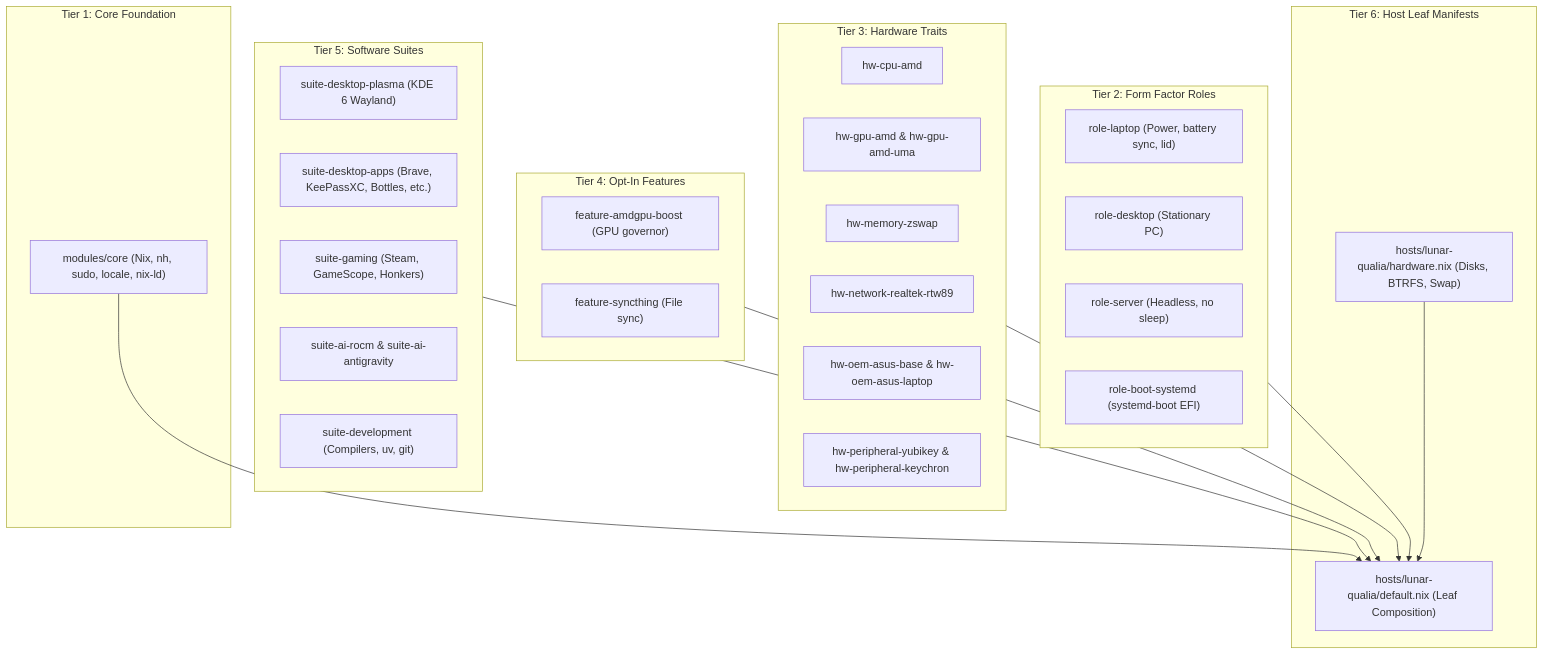
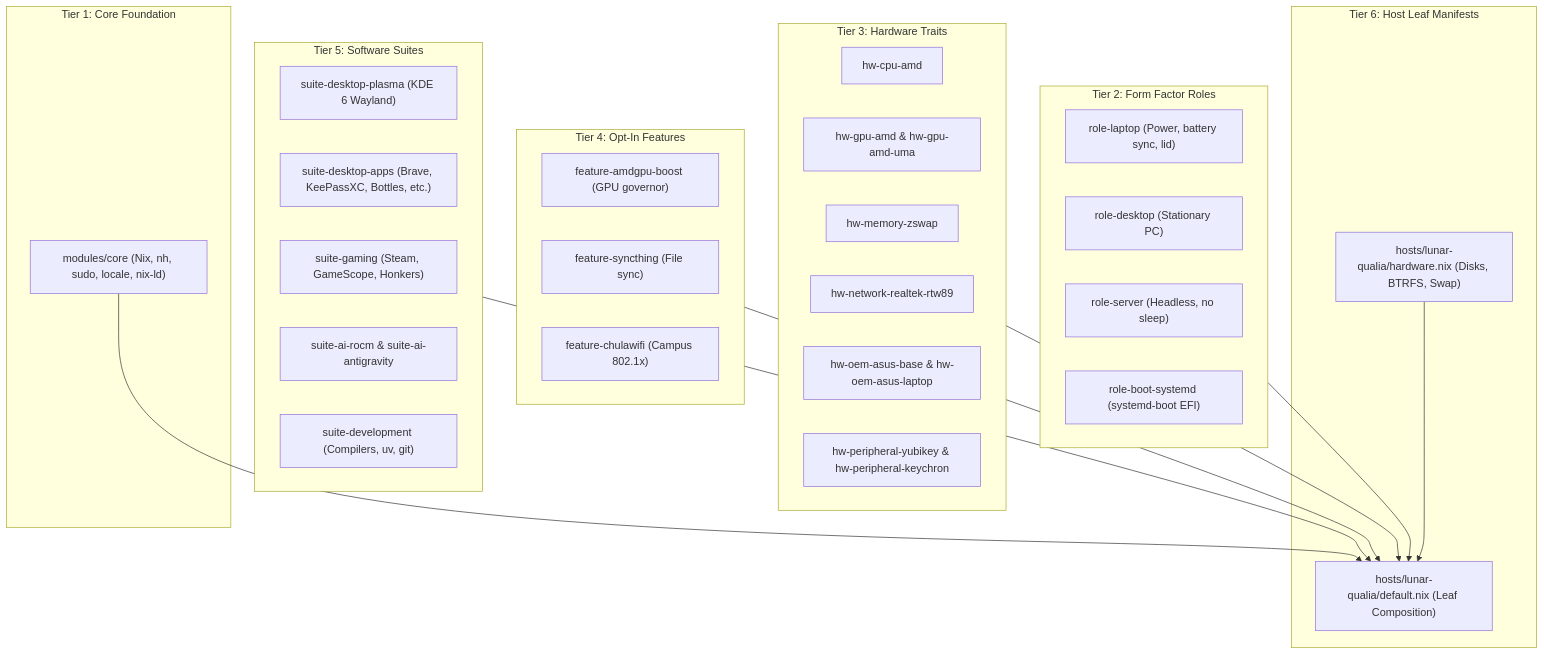
One commit to lithinnon/lunar-witches changed the diagram in AGENTS.md. Above: the diagram before and after it, drawn with Mermaid. The commit also changed other lines of this file and 5 other files, not shown here.

````diff
--- a/AGENTS.md
+++ b/AGENTS.md
@@ -39,47 +39,48 @@
 ```mermaid
 flowchart TD
     subgraph T1["Tier 1: Core Foundation"]
         C["modules/core (Nix, nh, sudo, locale, nix-ld)"]
     end
 
     subgraph T2["Tier 2: Form Factor Roles"]
         R1["role-laptop (Power, battery sync, lid)"]
         R2["role-desktop (Stationary PC)"]
         R3["role-server (Headless, no sleep)"]
         R4["role-boot-systemd (systemd-boot EFI)"]
     end
 
     subgraph T3["Tier 3: Hardware Traits"]
         H1["hw-cpu-amd"]
         H2["hw-gpu-amd & hw-gpu-amd-uma"]
         H3["hw-memory-zswap"]
         H4["hw-network-realtek-rtw89"]
         H5["hw-oem-asus-base & hw-oem-asus-laptop"]
         H6["hw-peripheral-yubikey & hw-peripheral-keychron"]
     end
 
     subgraph T4["Tier 4: Opt-In Features"]
         F1["feature-amdgpu-boost (GPU governor)"]
         F2["feature-syncthing (File sync)"]
+        F3["feature-chulawifi (Campus 802.1x)"]
     end
 
     subgraph T5["Tier 5: Software Suites"]
         S1["suite-desktop-plasma (KDE 6 Wayland)"]
         S2["suite-desktop-apps (Brave, KeePassXC, Bottles, etc.)"]
         S3["suite-gaming (Steam, GameScope, Honkers)"]
         S4["suite-ai-rocm & suite-ai-antigravity"]
         S5["suite-development (Compilers, uv, git)"]
     end
 
     subgraph T6["Tier 6: Host Leaf Manifests"]
         L1["hosts/lunar-qualia/default.nix (Leaf Composition)"]
         L2["hosts/lunar-qualia/hardware.nix (Disks, BTRFS, Swap)"]
     end
 
     C --> L1
     T2 --> L1
     T3 --> L1
     T4 --> L1
     T5 --> L1
     L2 --> L1
 ```
````
